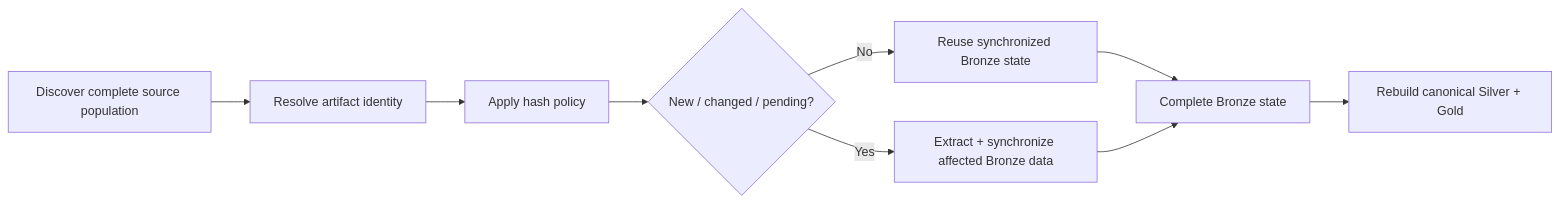
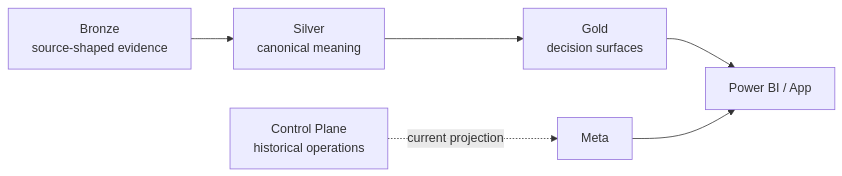
The eighth of 31 diagrams in README.md (tks18/personal-finance-etl), drawn with Mermaid before and after one commit. The commit also changed other lines of this file, not shown here.

````diff
--- a/README.md
+++ b/README.md
@@ -114,11 +325,8 @@
 ```mermaid
 flowchart LR
-    ALL["Discover complete source population"] --> ID["Resolve artifact identity"]
-    ID --> HASH["Apply hash policy"]
-    HASH --> CHG{"New / changed / pending?"}
-    CHG -->|No| KEEP["Reuse synchronized Bronze state"]
-    CHG -->|Yes| ING["Extract + synchronize affected Bronze data"]
-    KEEP --> FULL["Complete Bronze state"]
-    ING --> FULL
-    FULL --> REBUILD["Rebuild canonical Silver + Gold"]
+    B["Bronze<br/>source-shaped evidence"] --> S["Silver<br/>canonical meaning"]
+    S --> G["Gold<br/>decision surfaces"]
+    CP["Control Plane<br/>historical operations"] -. current projection .-> M["Meta"]
+    G --> BI["Power BI / App"]
+    M --> BI
 ```
````
